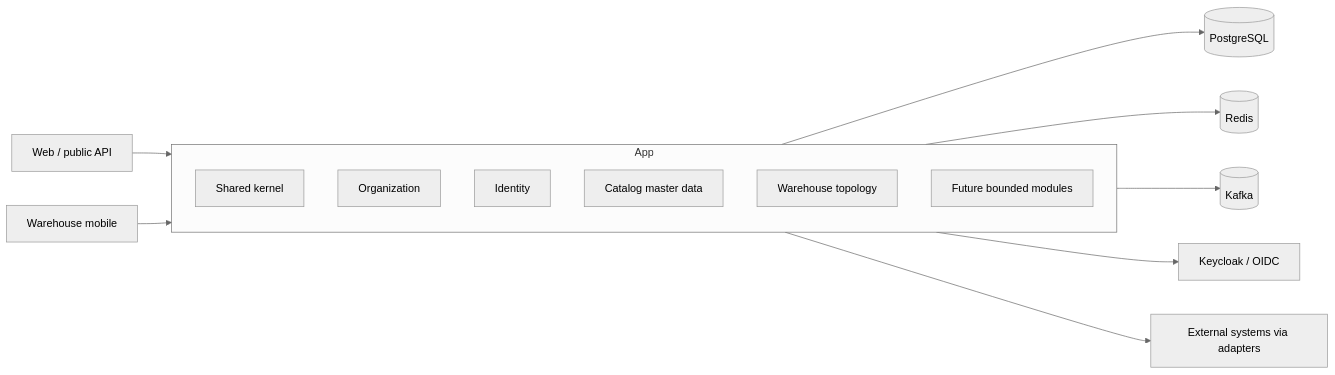
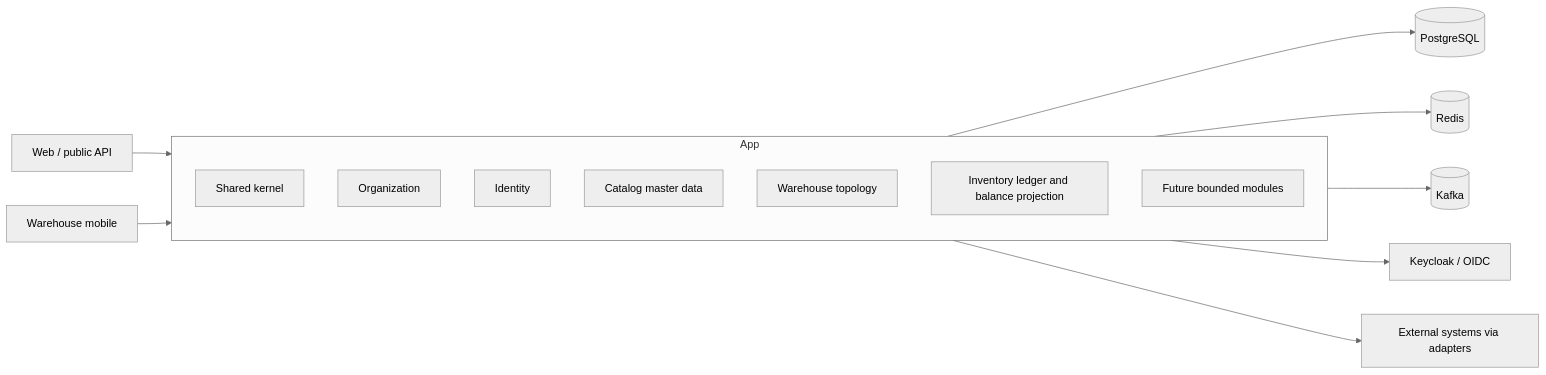
Before and after one commit to smjubayercse/invenlio: the diagram in docs/architecture/architecture-overview.md, drawn with Mermaid (neutral theme). The commit also changed other lines of this file and 19 other files, not shown here.

Commit message:
feat(inventory): implement immutable inventory ledger foundation

````diff
--- a/docs/architecture/architecture-overview.md
+++ b/docs/architecture/architecture-overview.md
@@ -11,18 +11,19 @@
 ```mermaid
 flowchart LR
   Web[Web / public API] --> App[Invenlio modular monolith]
   Mobile[Warehouse mobile] --> App
   App --> PG[(PostgreSQL)]
   App --> Redis[(Redis)]
   App --> Kafka[(Kafka)]
   App --> IdP[Keycloak / OIDC]
   App --> Ext[External systems via adapters]
   subgraph App
     Shared[Shared kernel]
     Org[Organization]
     Identity[Identity]
     Catalog[Catalog master data]
     Warehouse[Warehouse topology]
+    Inventory[Inventory ledger and balance projection]
     Future[Future bounded modules]
   end
 ```
````
